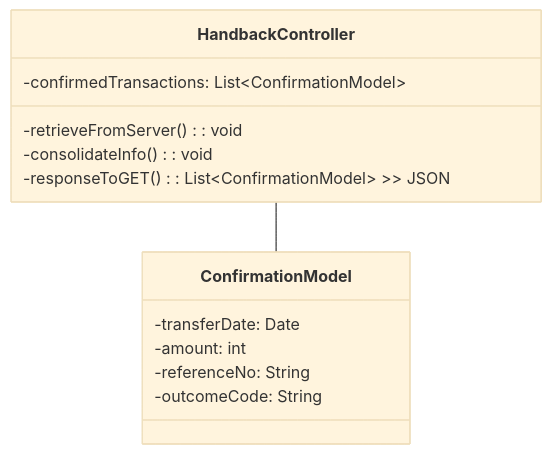
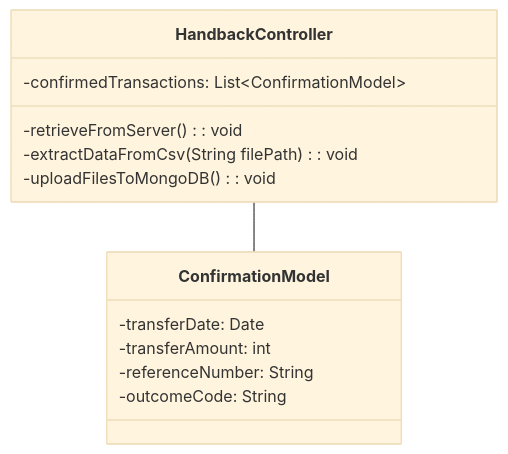
Before and after one commit to Sean2309/SoftwareConstructProject: the ninth of 9 diagrams in UML Class Diagrams/mvcClass.md, drawn with Mermaid (base theme). The commit also changed other lines of this file, not shown here.

````diff
--- a/UML Class Diagrams/mvcClass.md
+++ b/UML Class Diagrams/mvcClass.md
@@ -188,19 +216,18 @@
 ```mermaid
 classDiagram
 HandbackController -- ConfirmationModel
 
 class HandbackController{
     -confirmedTransactions: List<<list>ConfirmationModel>
-
     -retrieveFromServer(): void
-    -consolidateInfo(): void
-    -responseToGET(): List<<cm>ConfirmationModel> >> JSON
+    -extractDataFromCsv(String filePath): void
+    -uploadFilesToMongoDB(): void
 }
 
 class ConfirmationModel{
     -transferDate: Date
-    -amount: int
-    -referenceNo: String
+    -transferAmount: int
+    -referenceNumber: String
     -outcomeCode: String
 }
 ```
````
